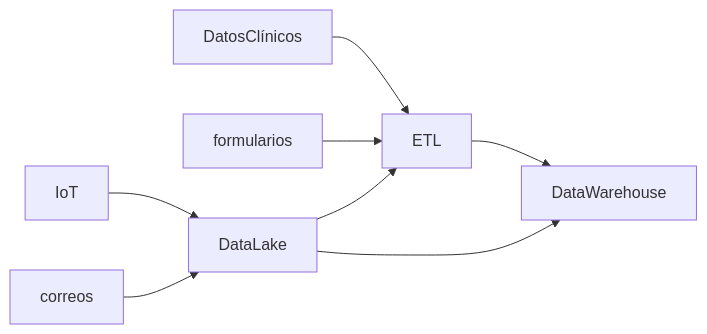
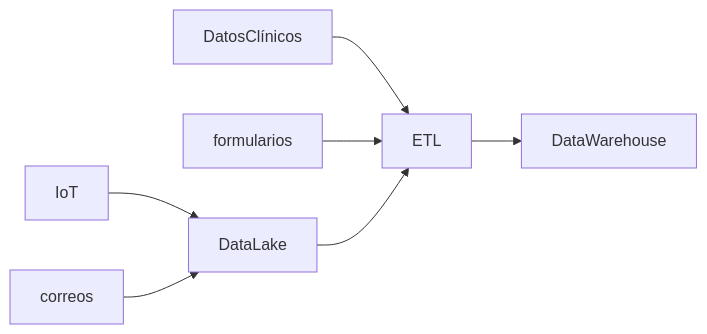
Before and after one commit to git-jrm/ing-datos-M5: the first of 5 diagrams in README.md, drawn with Mermaid.

````diff
--- a/README.md
+++ b/README.md
@@ -43,10 +43,9 @@
 ```mermaid
 graph LR;
   DatosClínicos-->ETL;
   formularios-->ETL;
   IoT-->DataLake;
   correos-->DataLake;
   DataLake-->ETL;
   ETL-->DataWarehouse;
-  DataLake-->DataWarehouse;
 ```
````
